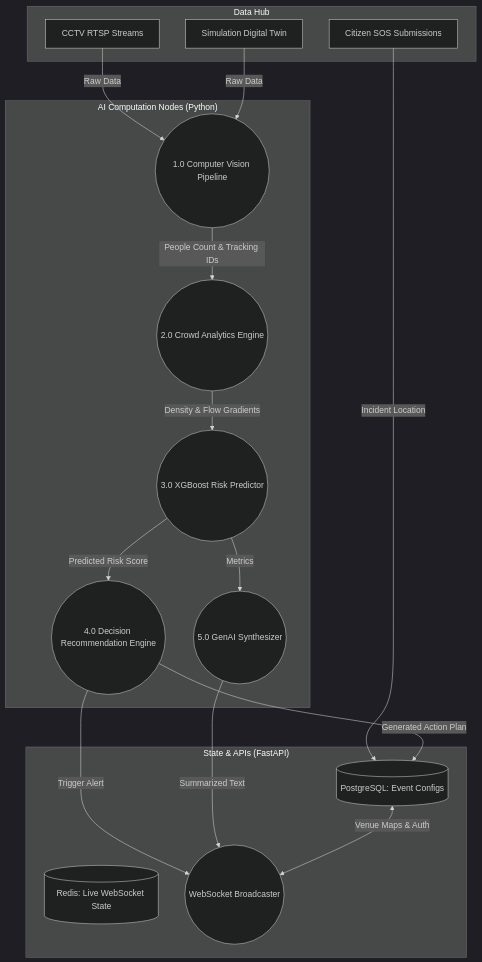
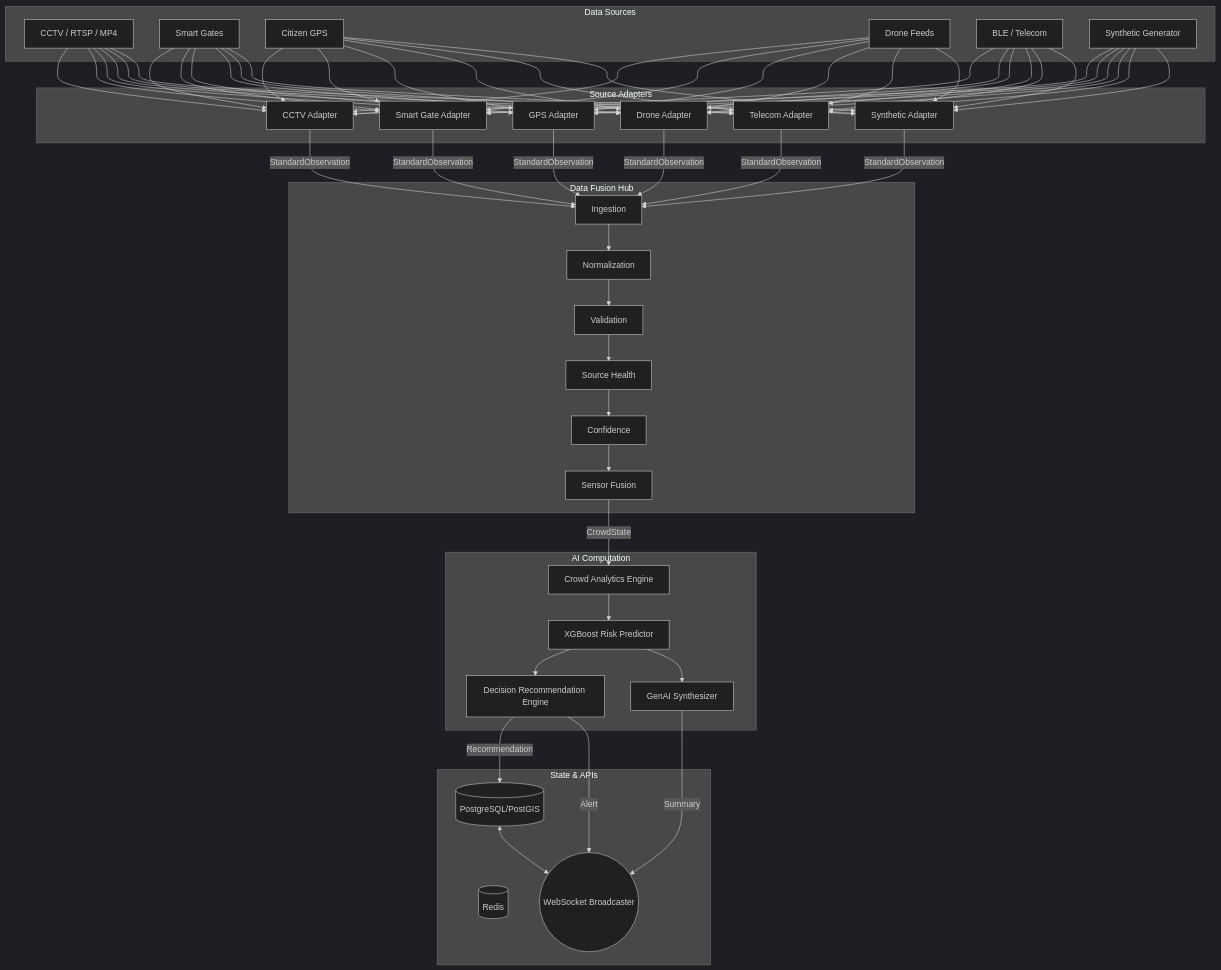
The second of 2 diagrams in docs/05_DFD.md (algorithnicmind/crowdcatchup), drawn with Mermaid (dark theme) before and after one commit. The commit also changed other lines of this file and 8 other files, not shown here.

````diff
--- a/docs/05_DFD.md
+++ b/docs/05_DFD.md
@@ -29,36 +31,53 @@
 ```mermaid
 graph TB
-    subgraph INGESTION["Data Hub"]
-        IN1[CCTV RTSP Streams]
-        IN2[Citizen SOS Submissions]
-        IN3[Simulation Digital Twin]
+    subgraph SOURCES["Data Sources"]
+        S1[CCTV / RTSP / MP4]
+        S2[Smart Gates]
+        S3[Citizen GPS]
+        S4[Drone Feeds]
+        S5[BLE / Telecom]
+        S6[Synthetic Generator]
     end
 
-    subgraph AI_PIPELINES["AI Computation Nodes (Python)"]
-        P1((1.0 Computer Vision Pipeline))
-        P2((2.0 Crowd Analytics Engine))
-        P3((3.0 XGBoost Risk Predictor))
-        P4((4.0 Decision Recommendation Engine))
-        P5((5.0 GenAI Synthesizer))
+    subgraph ADAPTERS["Source Adapters"]
+        A1[CCTV Adapter]
+        A2[Smart Gate Adapter]
+        A3[GPS Adapter]
+        A4[Drone Adapter]
+        A5[Telecom Adapter]
+        A6[Synthetic Adapter]
     end
 
-    subgraph BACKEND["State & APIs (FastAPI)"]
-        DB1[(PostgreSQL: Event Configs)]
-        DB2[(Redis: Live WebSocket State)]
+    subgraph FUSION["Data Fusion Hub"]
+        F1[Ingestion]
+        F2[Normalization]
+        F3[Validation]
+        F4[Source Health]
+        F5[Confidence]
+        F6[Sensor Fusion]
+    end
+
+    subgraph AI_PIPELINES["AI Computation"]
+        P1[Crowd Analytics Engine]
+        P2[XGBoost Risk Predictor]
+        P3[Decision Recommendation Engine]
+        P4[GenAI Synthesizer]
+    end
+
+    subgraph STATE["State & APIs"]
+        DB[(PostgreSQL/PostGIS)]
+        CACHE[(Redis)]
         WS((WebSocket Broadcaster))
     end
 
-    IN1 & IN3 -->|Raw Data| P1
-    IN2 -->|Incident Location| DB1
-    
-    P1 -->|People Count & Tracking IDs| P2
-    P2 -->|Density & Flow Gradients| P3
-    P3 -->|Predicted Risk Score| P4
-    P3 -->|Metrics| P5
-    
-    P4 -->|Generated Action Plan| DB1
-    P4 -->|Trigger Alert| WS
-    P5 -->|Summarized Text| WS
-    
-    DB1 <-->|Venue Maps & Auth| WS
+    S1 & S2 & S3 & S4 & S5 & S6 --> A1 & A2 & A3 & A4 & A5 & A6
+    A1 & A2 & A3 & A4 & A5 & A6 -->|StandardObservation| F1
+    F1 --> F2 --> F3 --> F4 --> F5 --> F6
+    F6 -->|CrowdState| P1
+    P1 --> P2 --> P3
+    P2 --> P4
+    P3 -->|Recommendation| DB
+    P3 -->|Alert| WS
+    P4 -->|Summary| WS
+    DB <--> WS
 ```
````
